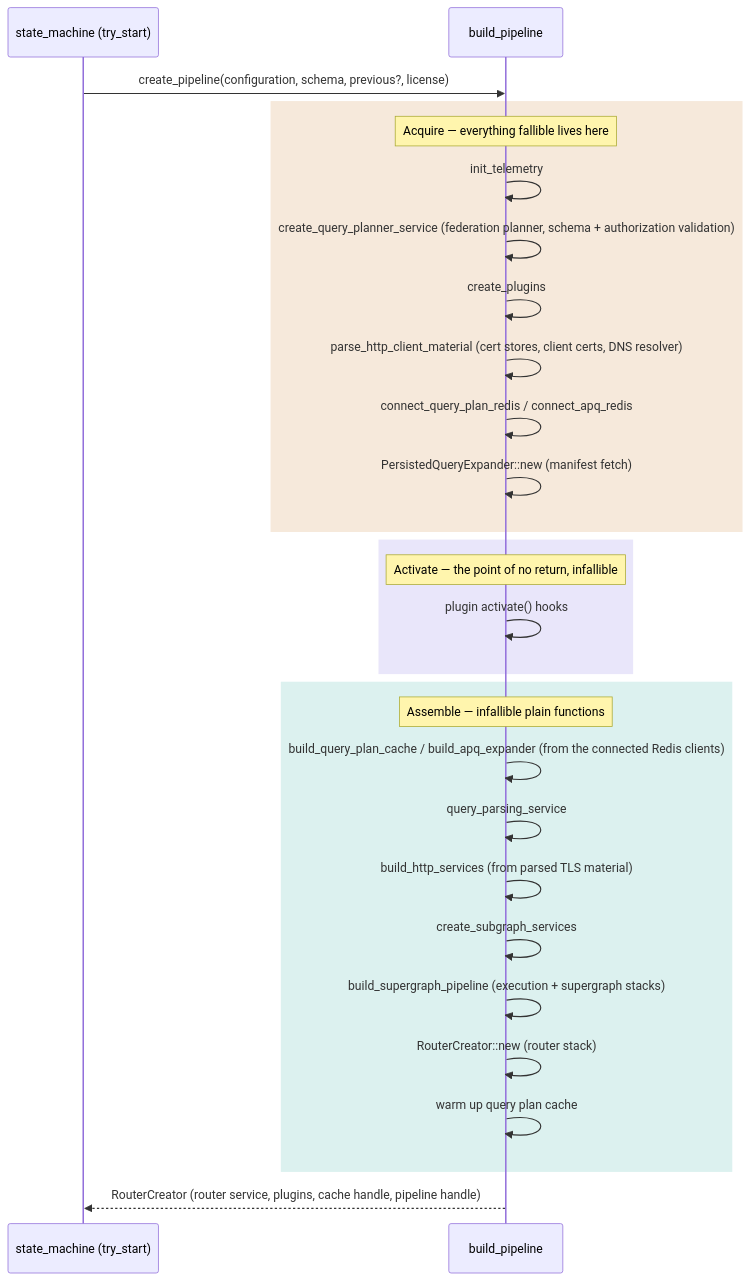
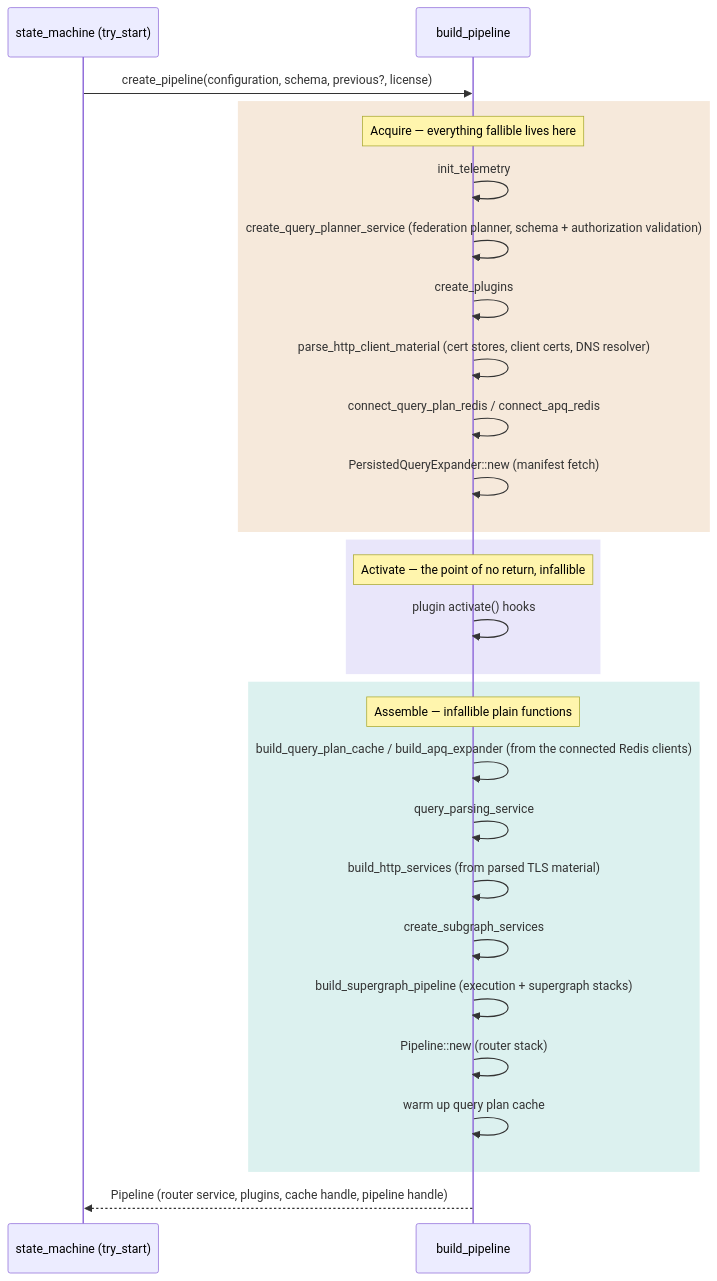
The diagram in dev-docs/pipeline-construction.md (apollographql/router), drawn with Mermaid before and after one commit. The commit also changed other lines of this file and 14 other files, not shown here.

First line of the commit message:
refactor(pipeline): rename RouterCreator to Pipeline, move it into the pipeline module

````diff
--- a/dev-docs/pipeline-construction.md
+++ b/dev-docs/pipeline-construction.md
@@ -11,35 +11,35 @@
 ```mermaid
 sequenceDiagram
     participant SM as state_machine (try_start)
     participant BP as build_pipeline
 
     SM->>BP: create_pipeline(configuration, schema, previous?, license)
 
     rect rgba(192, 106, 16, 0.15)
         Note over BP: Acquire — everything fallible lives here
         BP->>BP: init_telemetry
         BP->>BP: create_query_planner_service (federation planner, schema + authorization validation)
         BP->>BP: create_plugins
         BP->>BP: parse_http_client_material (cert stores, client certs, DNS resolver)
         BP->>BP: connect_query_plan_redis / connect_apq_redis
         BP->>BP: PersistedQueryExpander::new (manifest fetch)
     end
 
     rect rgba(110, 90, 220, 0.15)
         Note over BP: Activate — the point of no return, infallible
         BP->>BP: plugin activate() hooks
     end
 
     rect rgba(20, 160, 150, 0.15)
         Note over BP: Assemble — infallible plain functions
         BP->>BP: build_query_plan_cache / build_apq_expander (from the connected Redis clients)
         BP->>BP: query_parsing_service
         BP->>BP: build_http_services (from parsed TLS material)
         BP->>BP: create_subgraph_services
         BP->>BP: build_supergraph_pipeline (execution + supergraph stacks)
-        BP->>BP: RouterCreator::new (router stack)
+        BP->>BP: Pipeline::new (router stack)
         BP->>BP: warm up query plan cache
     end
 
-    BP-->>SM: RouterCreator (router service, plugins, cache handle, pipeline handle)
+    BP-->>SM: Pipeline (router service, plugins, cache handle, pipeline handle)
 ```
````
